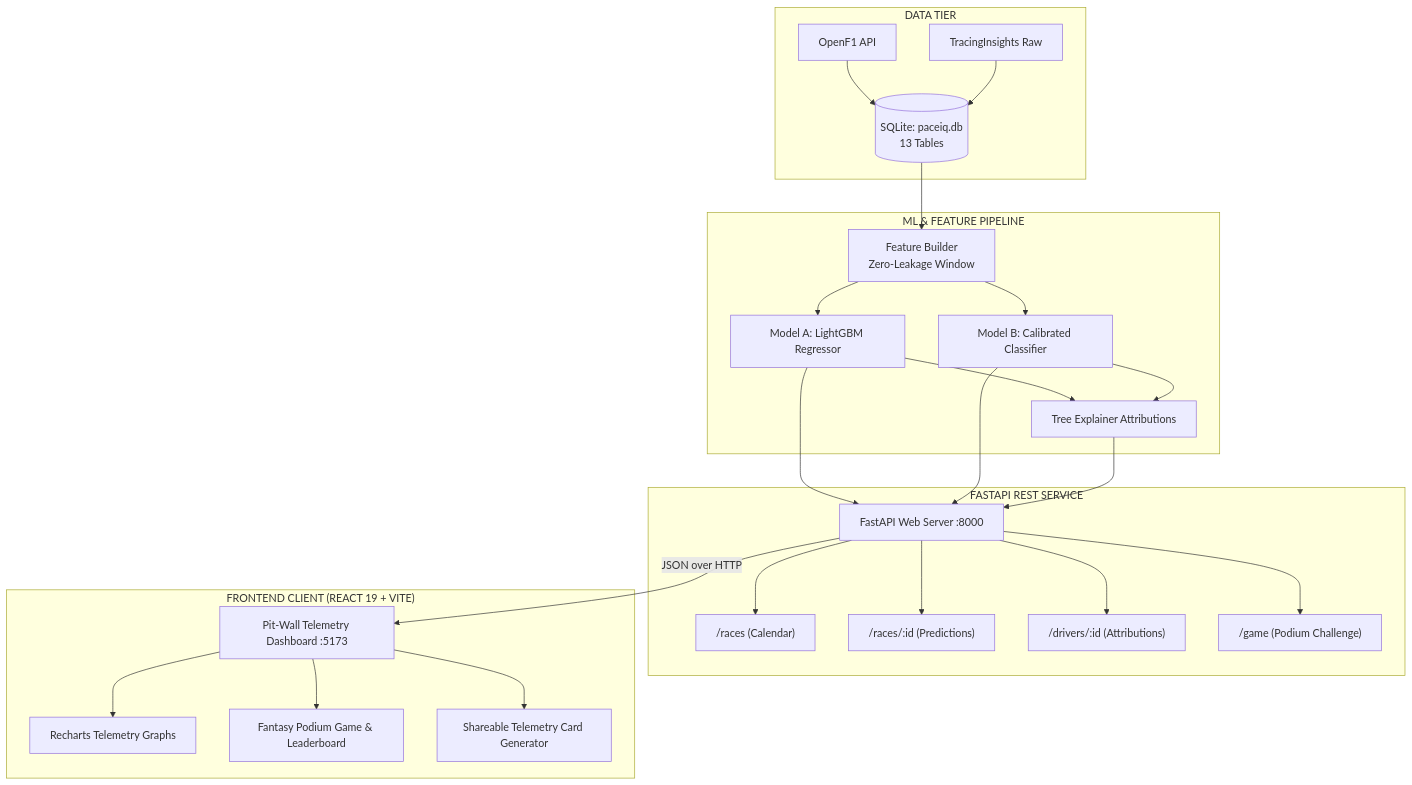
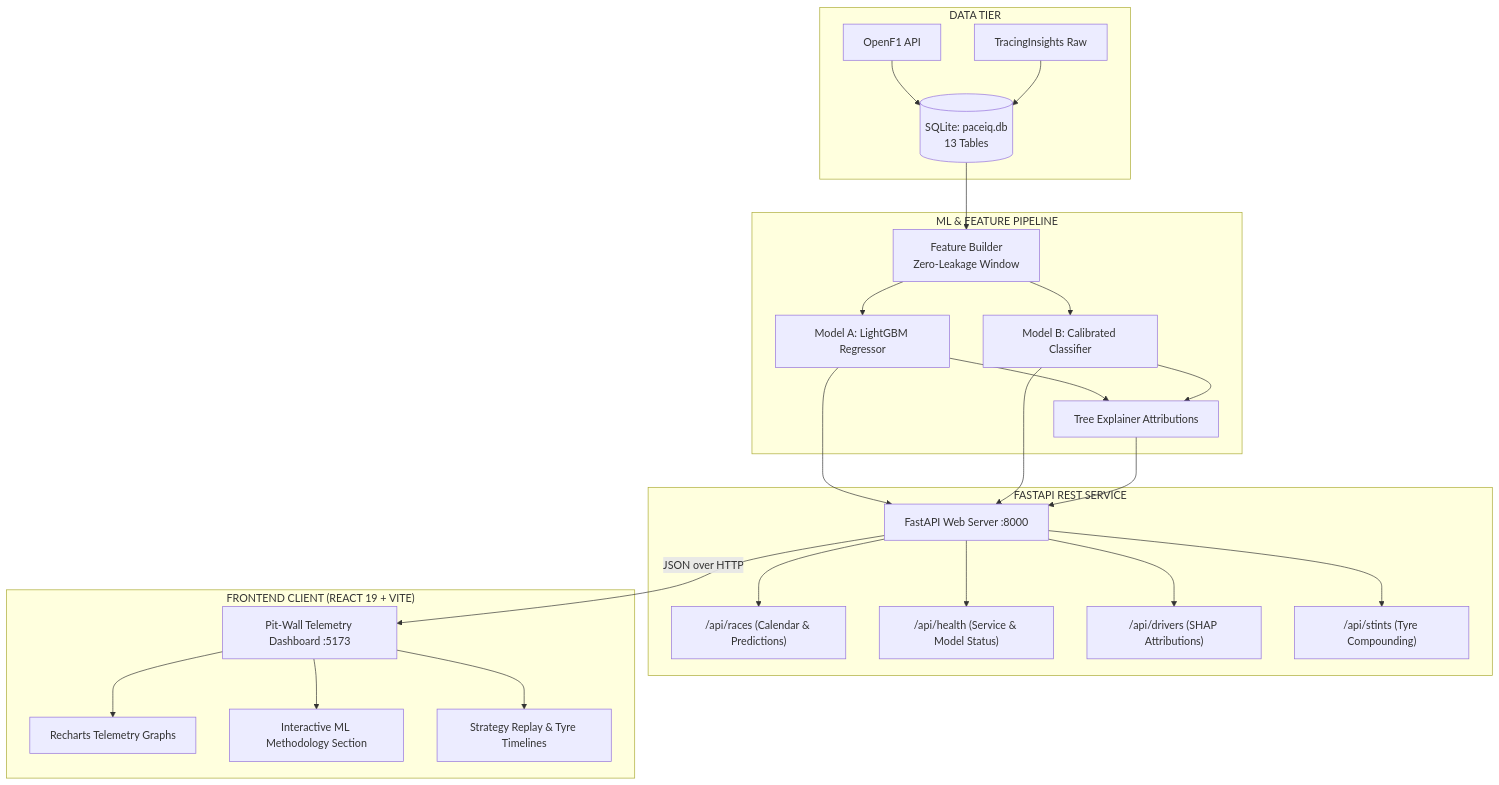
The second of 2 diagrams in PROJECT_EXPLAINER.md (adimukh1234/pace-iq), drawn with Mermaid before and after one commit. The commit also changed other lines of this file and 12 other files, not shown here.

````diff
--- a/PROJECT_EXPLAINER.md
+++ b/PROJECT_EXPLAINER.md
@@ -237,28 +331,28 @@
 ```mermaid
 flowchart TD
     subgraph DATA_TIER["DATA TIER"]
         A[OpenF1 API] & B[TracingInsights Raw] --> C[(SQLite: paceiq.db\n13 Tables)]
     end
 
     subgraph ML_PIPELINE["ML & FEATURE PIPELINE"]
         C --> D[Feature Builder\nZero-Leakage Window]
         D --> E[Model A: LightGBM Regressor]
         D --> F[Model B: Calibrated Classifier]
         E & F --> G[Tree Explainer Attributions]
     end
 
     subgraph API_TIER["FASTAPI REST SERVICE"]
         E & F & G --> H[FastAPI Web Server :8000]
-        H --> I["/races (Calendar)"]
-        H --> J["/races/:id (Predictions)"]
-        H --> K["/drivers/:id (Attributions)"]
-        H --> L["/game (Podium Challenge)"]
+        H --> I["/api/races (Calendar & Predictions)"]
+        H --> J["/api/health (Service & Model Status)"]
+        H --> K["/api/drivers (SHAP Attributions)"]
+        H --> L["/api/stints (Tyre Compounding)"]
     end
 
     subgraph UI_TIER["FRONTEND CLIENT (REACT 19 + VITE)"]
         H -->|JSON over HTTP| M[Pit-Wall Telemetry Dashboard :5173]
         M --> N[Recharts Telemetry Graphs]
-        M --> O[Fantasy Podium Game & Leaderboard]
-        M --> P[Shareable Telemetry Card Generator]
+        M --> O[Interactive ML Methodology Section]
+        M --> P[Strategy Replay & Tyre Timelines]
     end
 ```
````
